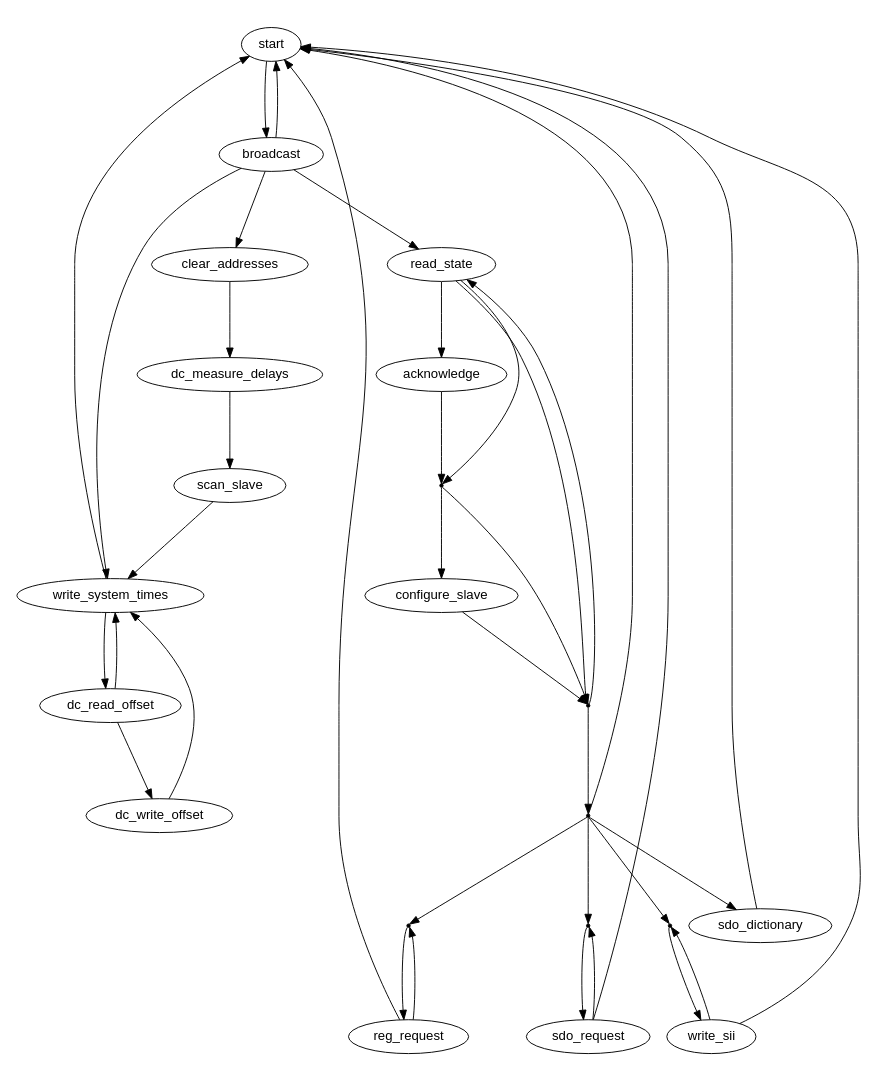
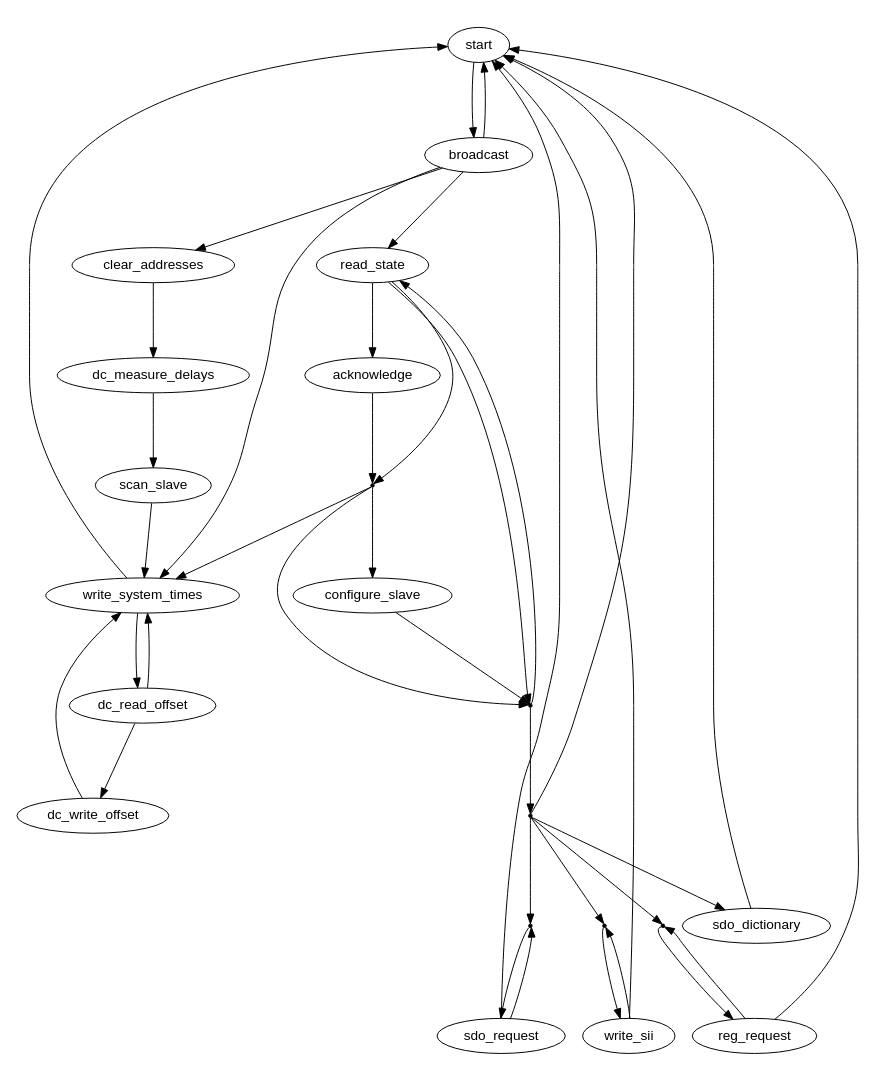
One commit to zultron/etherlabmaster changed the diagram in documentation/graphs/fsm_master.dot. Above: the diagram before and after it, drawn with Graphviz. The commit also changed 1 other file, not shown here.

Commit message:
Improved DC sync at startup: Abort iterating though slaves and first correct system time offsets, then begin configuring at slave 0.

```diff
--- a/documentation/graphs/fsm_master.dot
+++ b/documentation/graphs/fsm_master.dot
@@ -1,73 +1,74 @@
 
 /* $Id$ */
 
 digraph master {
     size="7,9"
     center=1
     ratio=fill
     node [fontname="Helvetica"]
 
     start -> broadcast [weight=10]
 
     broadcast -> start
     broadcast -> clear_addresses
     broadcast -> read_state
     broadcast -> write_system_times
 
     action_process_sii [shape=point,label=""]
     action_process_sii -> write_sii
 
     action_process_sdo [shape=point,label=""]
     action_process_sdo -> sdo_request
 
     action_process_register [shape=point,label=""]
     action_process_register -> reg_request
 
     action_idle [shape=point,label=""]
     action_idle -> action_process_sdo
     action_idle -> sdo_dictionary
     action_idle -> action_process_sii
     action_idle -> action_process_register
     action_idle -> start
 
     action_next_slave_state [shape=point,label=""]
     action_next_slave_state -> read_state
     action_next_slave_state -> action_idle [weight=10]
     
     action_configure [shape=point,label=""]
     action_configure -> configure_slave [weight=10]
     action_configure -> action_next_slave_state
+    action_configure -> write_system_times
 
     read_state -> acknowledge [weight=10]
     read_state -> action_configure
     read_state -> action_next_slave_state
 
     acknowledge -> action_configure [weight=10]
 
     clear_addresses -> dc_measure_delays [weight=10]
 
     dc_measure_delays -> scan_slave [weight=10]
 
     scan_slave -> write_system_times
 
     write_system_times -> start
     write_system_times -> dc_read_offset
 
     dc_read_offset -> write_system_times
     dc_read_offset -> dc_write_offset
 
     dc_write_offset -> write_system_times
 
     configure_slave -> action_next_slave_state
 
     write_sii -> action_process_sii
     write_sii -> start
 
     sdo_dictionary -> start
 
     sdo_request -> action_process_sdo
     sdo_request -> start
 
     reg_request -> action_process_register
     reg_request -> start
 }
```
